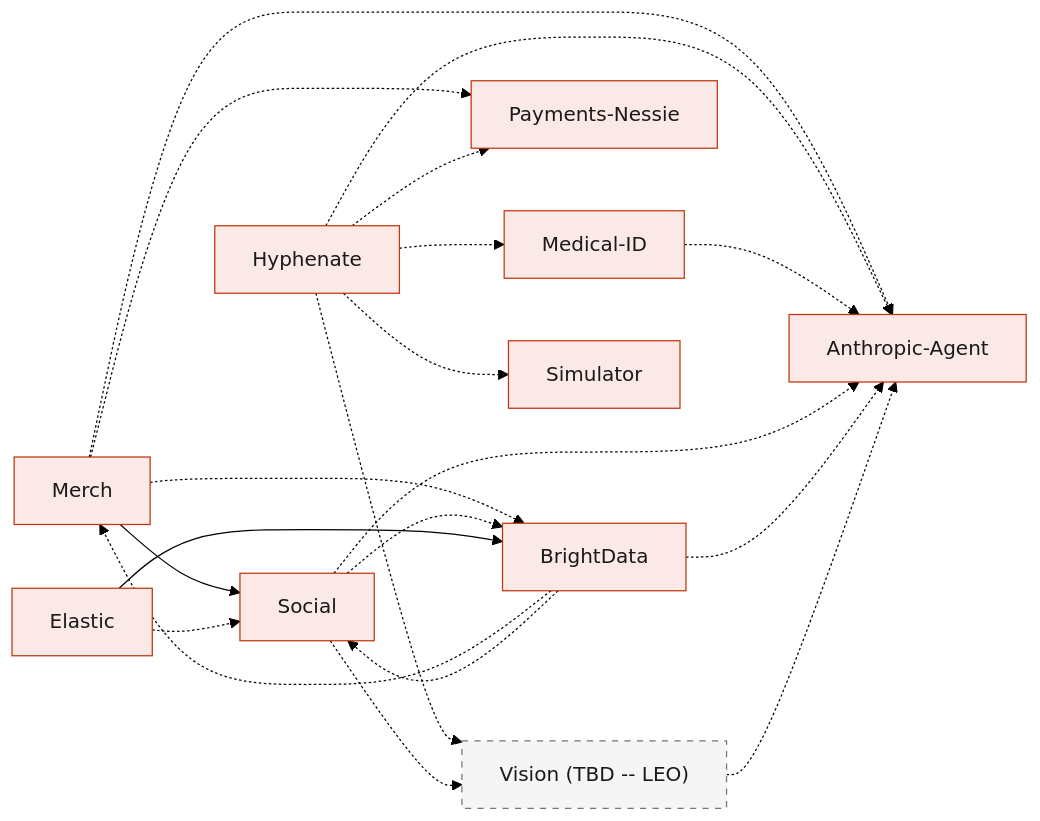
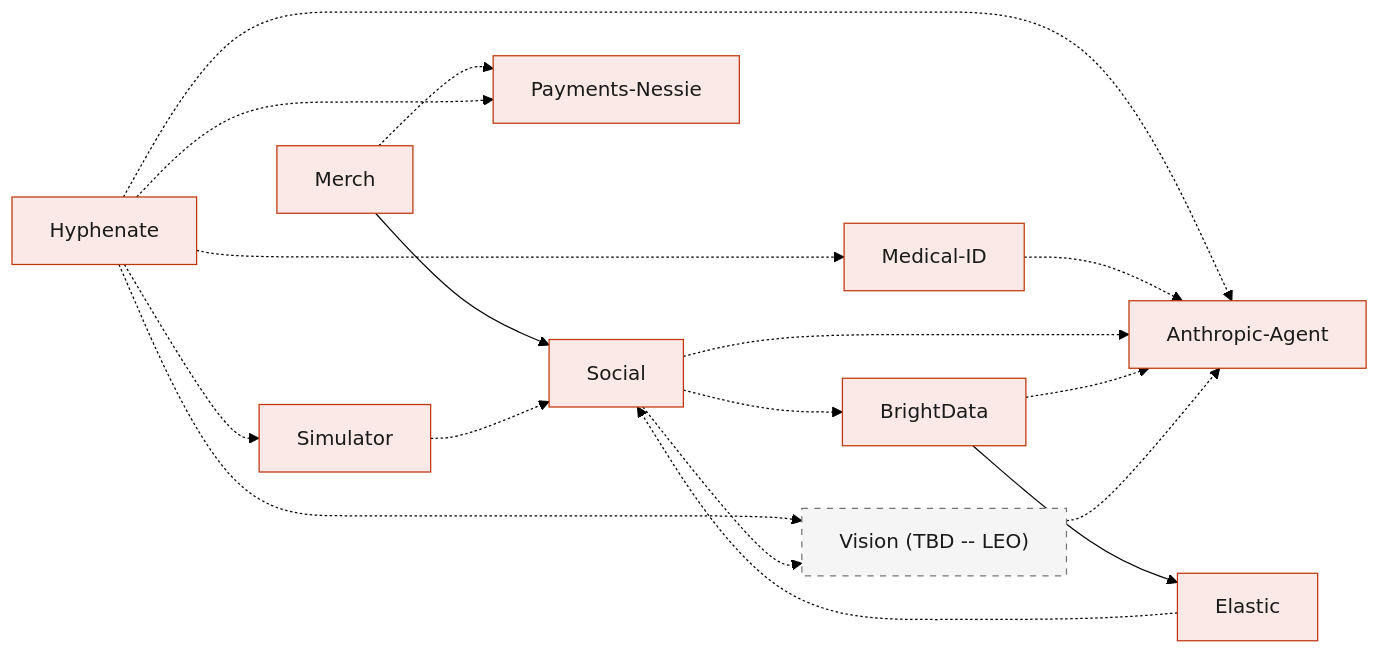
One commit to viktorinkov/cal-hacks-13 changed the diagram in System Design/README.md. Above: the diagram before and after it, drawn with Mermaid (forest theme). The commit also changed other lines of this file and 40 other files, not shown here.

````diff
--- a/System Design/README.md
+++ b/System Design/README.md
@@ -41,38 +59,35 @@
 ```mermaid
 flowchart LR
   Merch["Merch"]
   Hyp["Hyphenate"]
   Soc["Social"]
   Ela["Elastic"]
   Med["Medical-ID"]
   AI["Anthropic-Agent"]
   BD["BrightData"]
   Pay["Payments-Nessie"]
   Vision["Vision (TBD -- LEO)"]
   Sim["Simulator"]
 
   Merch --> Soc
-  Merch -.-> AI
-  Merch -.-> BD
   Merch -.-> Pay
   Hyp -.-> Med
   Hyp -.-> Pay
   Hyp -.-> AI
   Hyp -.-> Vision
   Hyp -.-> Sim
   Med -.-> AI
   Soc -.-> AI
   Soc -.-> Vision
   Soc -.-> BD
+  Sim -.-> Soc
+  BD --> Ela
+  BD -.-> AI
   Ela -.-> Soc
-  Ela --> BD
-  BD -.-> AI
-  BD -.-> Merch
-  BD -.-> Soc
   Vision -.-> AI
 
   classDef rust fill:#FBE9E7,stroke:#BF360C,color:#1A1A1A
   classDef tbd fill:#F5F5F5,stroke:#757575,color:#1A1A1A,stroke-dasharray:5 5
   class Merch,Hyp,Soc,Ela,Med,AI,BD,Pay,Sim rust
   class Vision tbd
 ```
````
